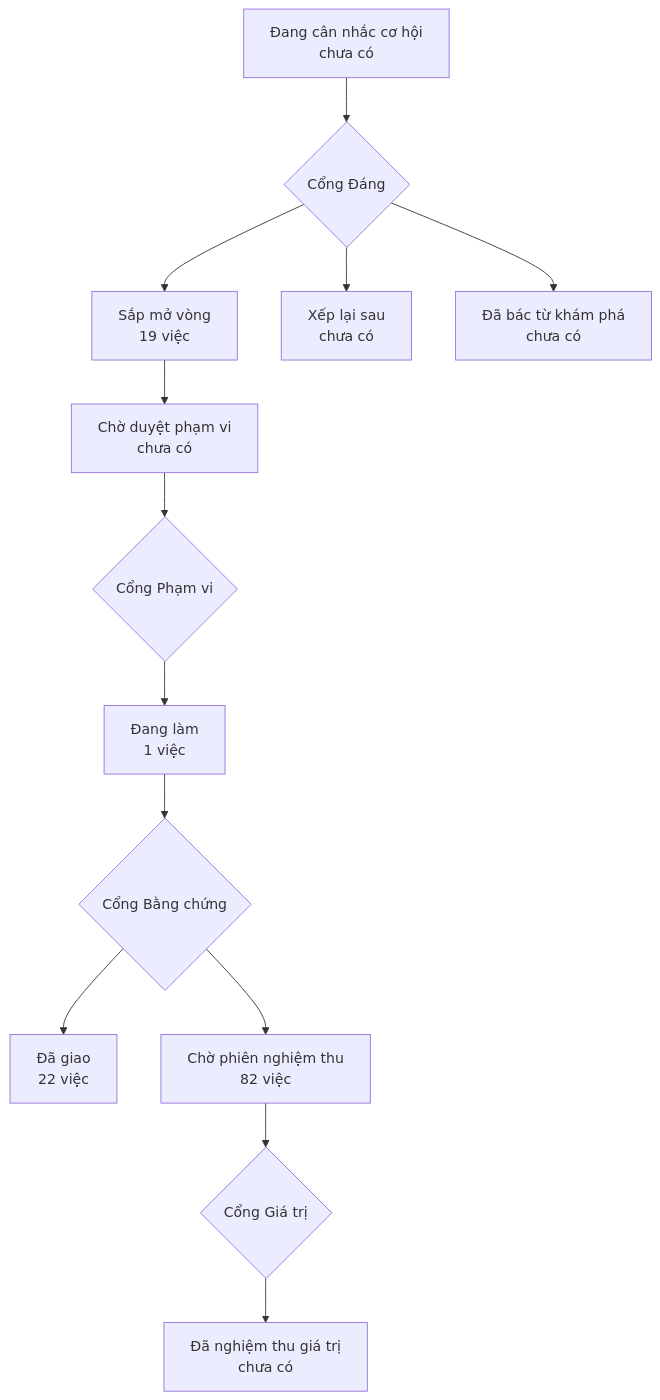
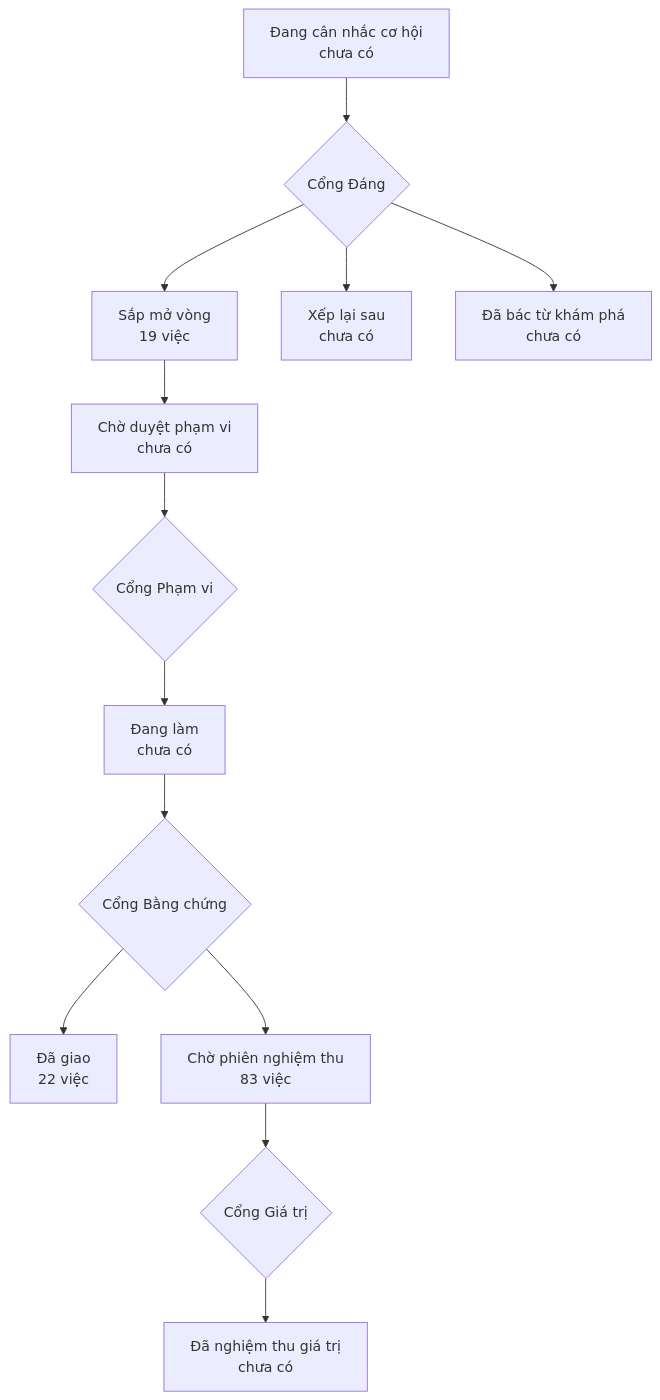
Before and after one commit to phanlemanh/onehub-quy-hang: the diagram in PRODUCT-MAP.md, drawn with Mermaid. The commit also changed other lines of this file and 58 other files, not shown here.

````diff
--- a/PRODUCT-MAP.md
+++ b/PRODUCT-MAP.md
@@ -7,12 +7,12 @@
 ```mermaid
 flowchart TD
   A["Đang cân nhắc cơ hội<br/>chưa có"] --> GD{"Cổng Đáng"}
   GD --> B["Sắp mở vòng<br/>19 việc"]
   GD --> XL["Xếp lại sau<br/>chưa có"]
   GD --> DB["Đã bác từ khám phá<br/>chưa có"]
   B --> CD["Chờ duyệt phạm vi<br/>chưa có"] --> GP{"Cổng Phạm vi"}
-  GP --> DL["Đang làm<br/>1 việc"] --> GB{"Cổng Bằng chứng"}
+  GP --> DL["Đang làm<br/>chưa có"] --> GB{"Cổng Bằng chứng"}
   GB --> DG["Đã giao<br/>22 việc"]
-  GB --> CN["Chờ phiên nghiệm thu<br/>82 việc"] --> GG{"Cổng Giá trị"}
+  GB --> CN["Chờ phiên nghiệm thu<br/>83 việc"] --> GG{"Cổng Giá trị"}
   GG --> NT["Đã nghiệm thu giá trị<br/>chưa có"]
 ```
````
